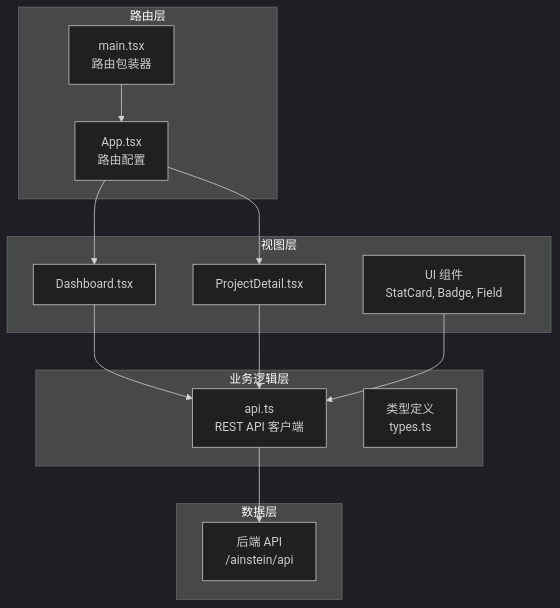
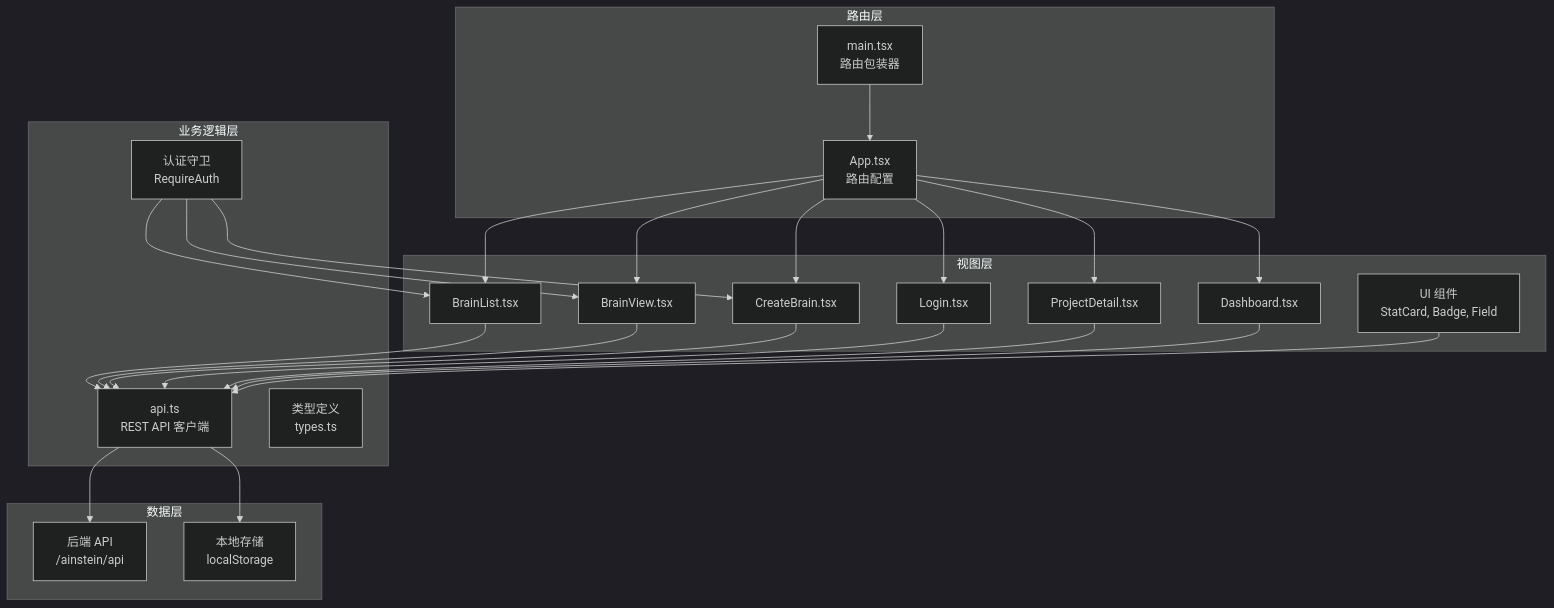
Before and after one commit to GDY-ai/ainstein: the third of 22 diagrams in .qoder/repowiki/zh/content/前端应用/前端应用.md, drawn with Mermaid (dark theme). The commit also changed other lines of this file and 61 other files, not shown here.

Commit message:
fix: 修复前端路由 — BrainList/CreateBrain 导航到 /brain/:id 而非 /project/:id

````diff
--- a/.qoder/repowiki/zh/content/前端应用/前端应用.md
+++ b/.qoder/repowiki/zh/content/前端应用/前端应用.md
@@ -105,26 +117,44 @@
 ```mermaid
 graph TB
 subgraph "视图层"
-A[Dashboard.tsx]
-B[ProjectDetail.tsx]
-C[UI 组件<br/>StatCard, Badge, Field]
+A[BrainList.tsx]
+B[BrainView.tsx]
+C[CreateBrain.tsx]
+D[Login.tsx]
+E[ProjectDetail.tsx]
+F[Dashboard.tsx]
+G[UI 组件<br/>StatCard, Badge, Field]
 end
 subgraph "业务逻辑层"
-D[api.ts<br/>REST API 客户端]
-E[类型定义<br/>types.ts]
+H[api.ts<br/>REST API 客户端]
+I[类型定义<br/>types.ts]
+J[认证守卫<br/>RequireAuth]
 end
 subgraph "路由层"
-F[App.tsx<br/>路由配置]
-G[main.tsx<br/>路由包装器]
+K[App.tsx<br/>路由配置]
+L[main.tsx<br/>路由包装器]
 end
 subgraph "数据层"
-H[后端 API<br/>/ainstein/api]
+M[后端 API<br/>/ainstein/api]
+N[本地存储<br/>localStorage]
 end
-A --> D
-B --> D
-C --> D
+A --> H
+B --> H
+C --> H
 D --> H
-F --> A
-F --> B
-G --> F
+E --> H
+F --> H
+G --> H
+H --> M
+H --> N
+J --> A
+J --> B
+J --> C
+K --> A
+K --> B
+K --> C
+K --> D
+K --> E
+K --> F
+L --> K
 ```
````
